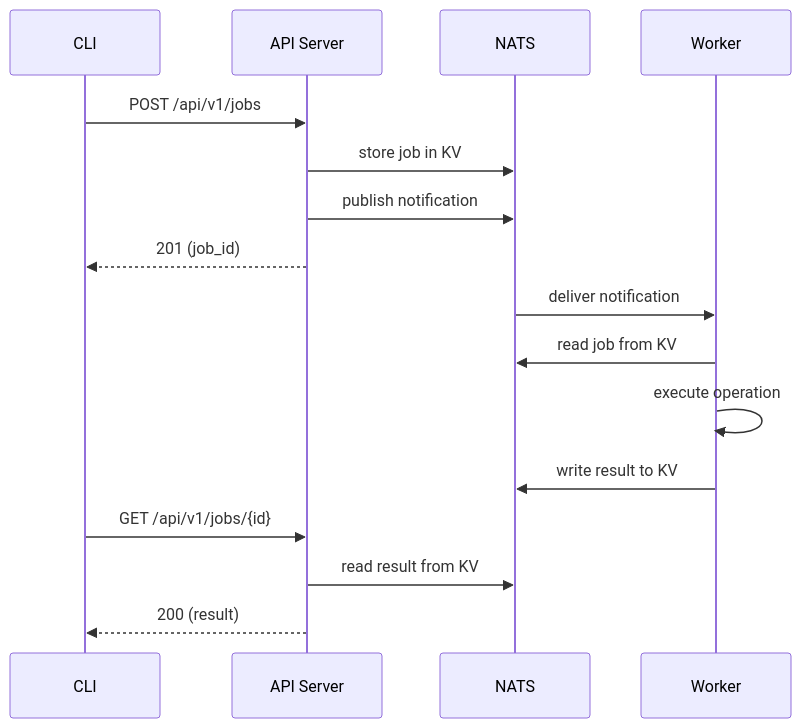
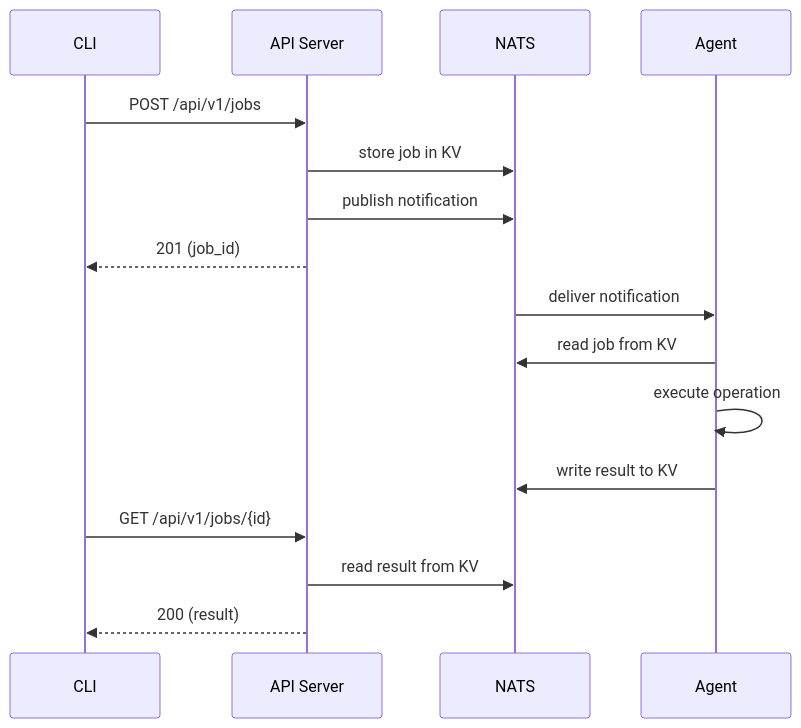
The third of 3 diagrams in docs/docs/sidebar/architecture/architecture.md (osapi-io/osapi), drawn with Mermaid before and after one commit. The commit also changed other lines of this file and 355 other files, not shown here.

````diff
--- a/docs/docs/sidebar/architecture/architecture.md
+++ b/docs/docs/sidebar/architecture/architecture.md
@@ -107,19 +106,19 @@
 ```mermaid
 sequenceDiagram
     participant CLI
     participant API as API Server
     participant NATS
-    participant Worker
+    participant Agent
 
     CLI->>API: POST /api/v1/jobs
     API->>NATS: store job in KV
     API->>NATS: publish notification
     API-->>CLI: 201 (job_id)
-    NATS->>Worker: deliver notification
-    Worker->>NATS: read job from KV
-    Worker->>Worker: execute operation
-    Worker->>NATS: write result to KV
+    NATS->>Agent: deliver notification
+    Agent->>NATS: read job from KV
+    Agent->>Agent: execute operation
+    Agent->>NATS: write result to KV
     CLI->>API: GET /api/v1/jobs/{id}
     API->>NATS: read result from KV
     API-->>CLI: 200 (result)
 ```
````
